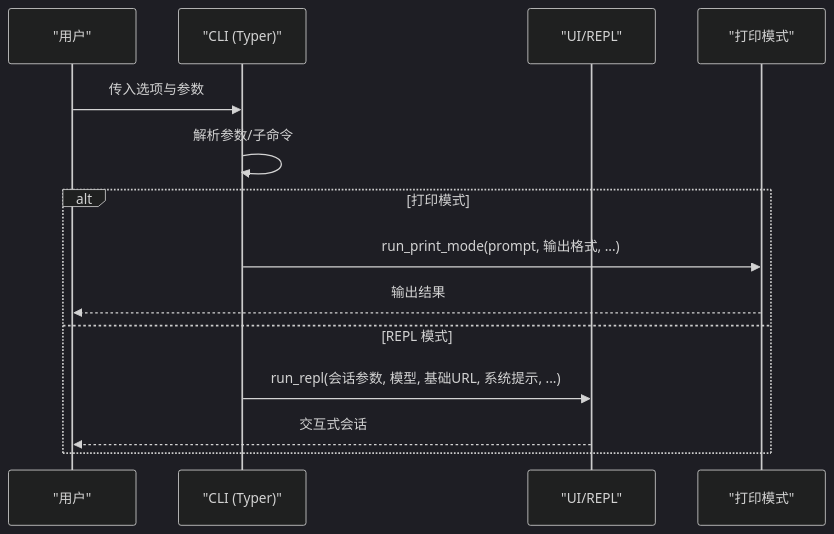
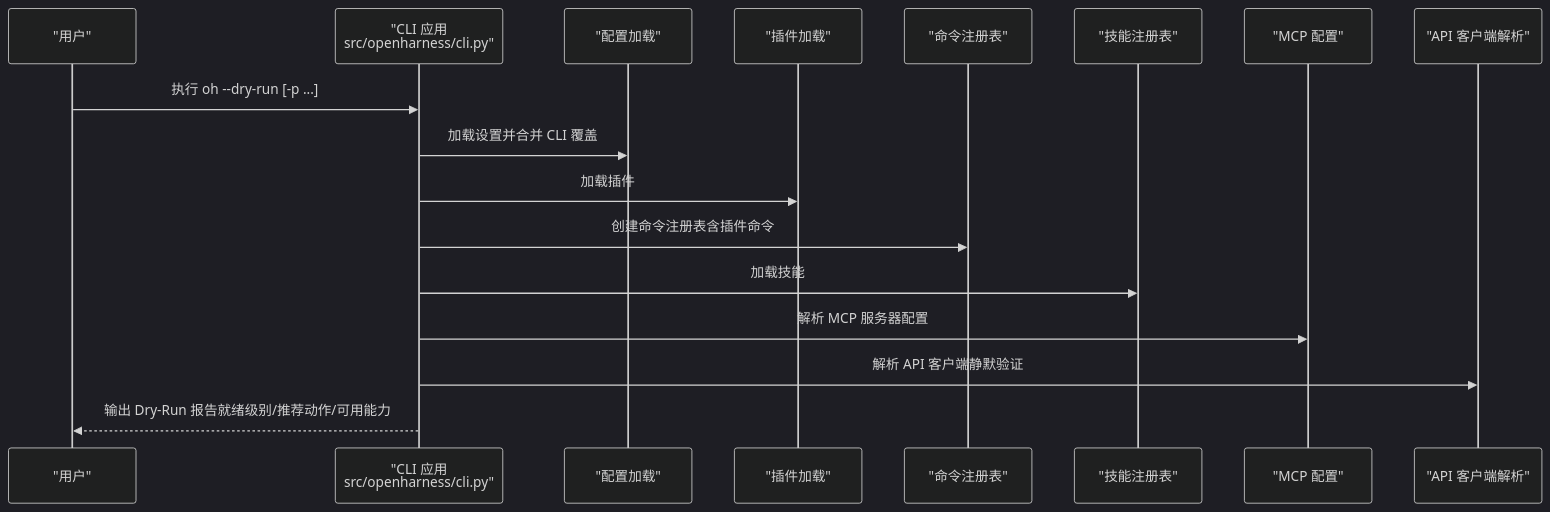
The third of 7 diagrams in .qoder/repowiki/zh/content/开发者指南/开发者指南.md (haolange/OpenHarness), drawn with Mermaid (dark theme) before and after one commit. The commit also changed other lines of this file and 222 other files, not shown here.

````diff
--- a/.qoder/repowiki/zh/content/开发者指南/开发者指南.md
+++ b/.qoder/repowiki/zh/content/开发者指南/开发者指南.md
@@ -119,16 +125,19 @@
 ```mermaid
 sequenceDiagram
 participant U as "用户"
-participant CLI as "CLI (Typer)"
-participant UI as "UI/REPL"
-participant PRINT as "打印模式"
-U->>CLI : 传入选项与参数
-CLI->>CLI : 解析参数/子命令
-alt 打印模式
-CLI->>PRINT : run_print_mode(prompt, 输出格式, ...)
-PRINT-->>U : 输出结果
-else REPL 模式
-CLI->>UI : run_repl(会话参数, 模型, 基础URL, 系统提示, ...)
-UI-->>U : 交互式会话
-end
+participant CLI as "CLI 应用<br/>src/openharness/cli.py"
+participant CFG as "配置加载"
+participant PLG as "插件加载"
+participant CMD as "命令注册表"
+participant SKL as "技能注册表"
+participant MCP as "MCP 配置"
+participant API as "API 客户端解析"
+U->>CLI : 执行 oh --dry-run [-p ...]
+CLI->>CFG : 加载设置并合并 CLI 覆盖
+CLI->>PLG : 加载插件
+CLI->>CMD : 创建命令注册表含插件命令
+CLI->>SKL : 加载技能
+CLI->>MCP : 解析 MCP 服务器配置
+CLI->>API : 解析 API 客户端静默验证
+CLI-->>U : 输出 Dry-Run 报告就绪级别/推荐动作/可用能力
 ```
````
